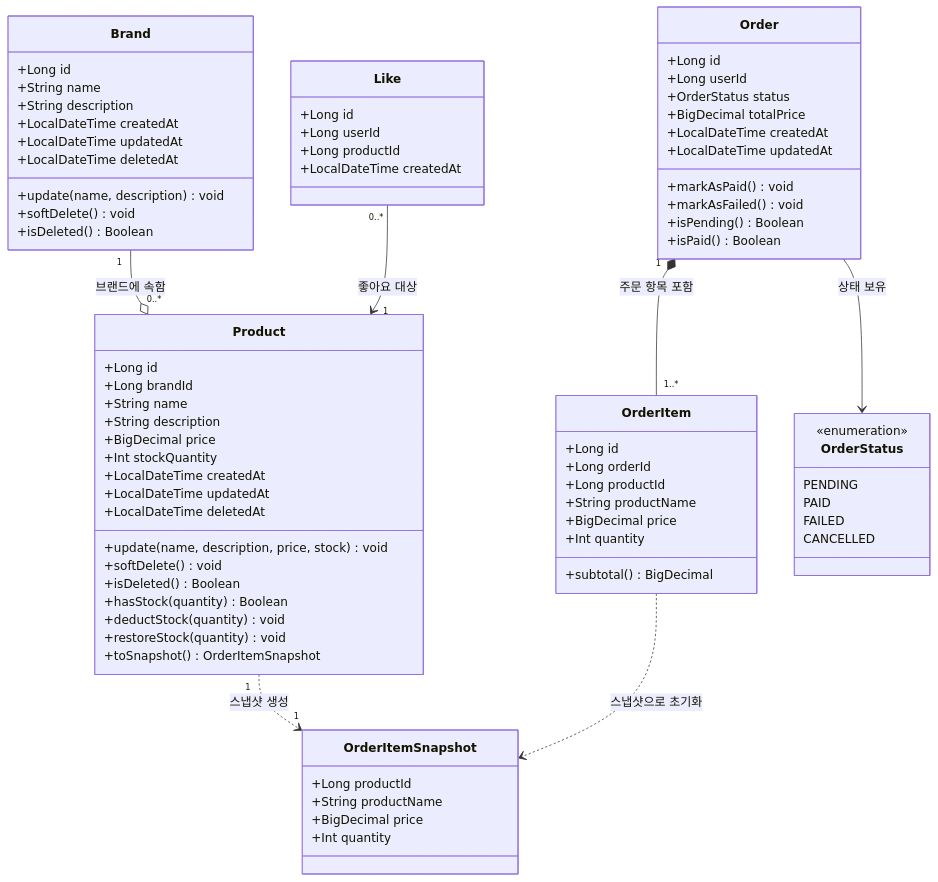
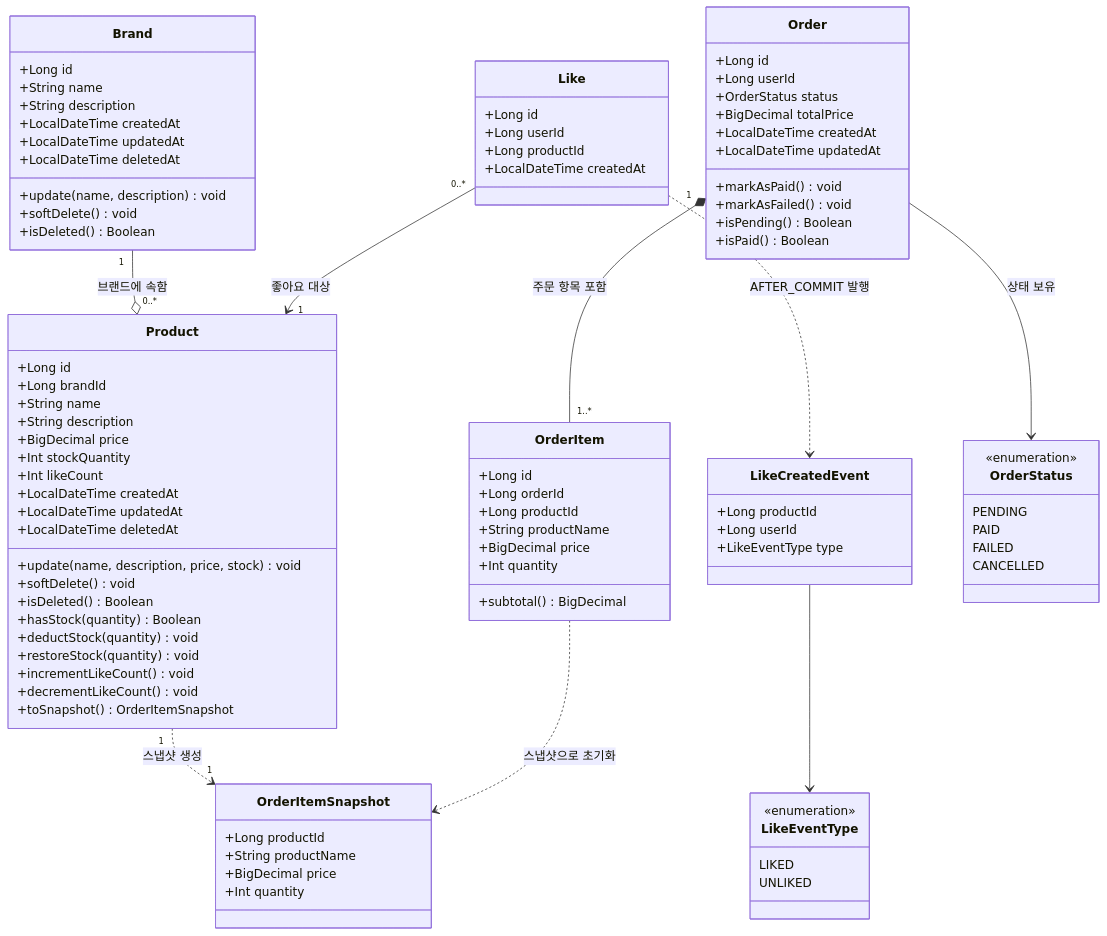
Before and after one commit to yeonjoo7/loop-pack-be-l2-vol4-kotlin: the diagram in docs/week2/03-class-diagram.md, drawn with Mermaid. The commit also changed other lines of this file and 1 other file, not shown here.

````diff
--- a/docs/week2/03-class-diagram.md
+++ b/docs/week2/03-class-diagram.md
@@ -35,6 +35,7 @@
         +String description
         +BigDecimal price
         +Int stockQuantity
+        +Int likeCount
         +LocalDateTime createdAt
         +LocalDateTime updatedAt
         +LocalDateTime deletedAt
@@ -44,7 +45,21 @@
         +hasStock(quantity) Boolean
         +deductStock(quantity) void
         +restoreStock(quantity) void
+        +incrementLikeCount() void
+        +decrementLikeCount() void
         +toSnapshot() OrderItemSnapshot
+    }
+
+    class LikeCreatedEvent {
+        +Long productId
+        +Long userId
+        +LikeEventType type
+    }
+
+    class LikeEventType {
+        <<enumeration>>
+        LIKED
+        UNLIKED
     }
 
     class Like {
@@ -98,4 +113,6 @@
     OrderItem ..> OrderItemSnapshot : 스냅샷으로 초기화
     Order --> OrderStatus : 상태 보유
     Like "0..*" --> "1" Product : 좋아요 대상
+    Like ..> LikeCreatedEvent : AFTER_COMMIT 발행
+    LikeCreatedEvent --> LikeEventType
 ```
````
